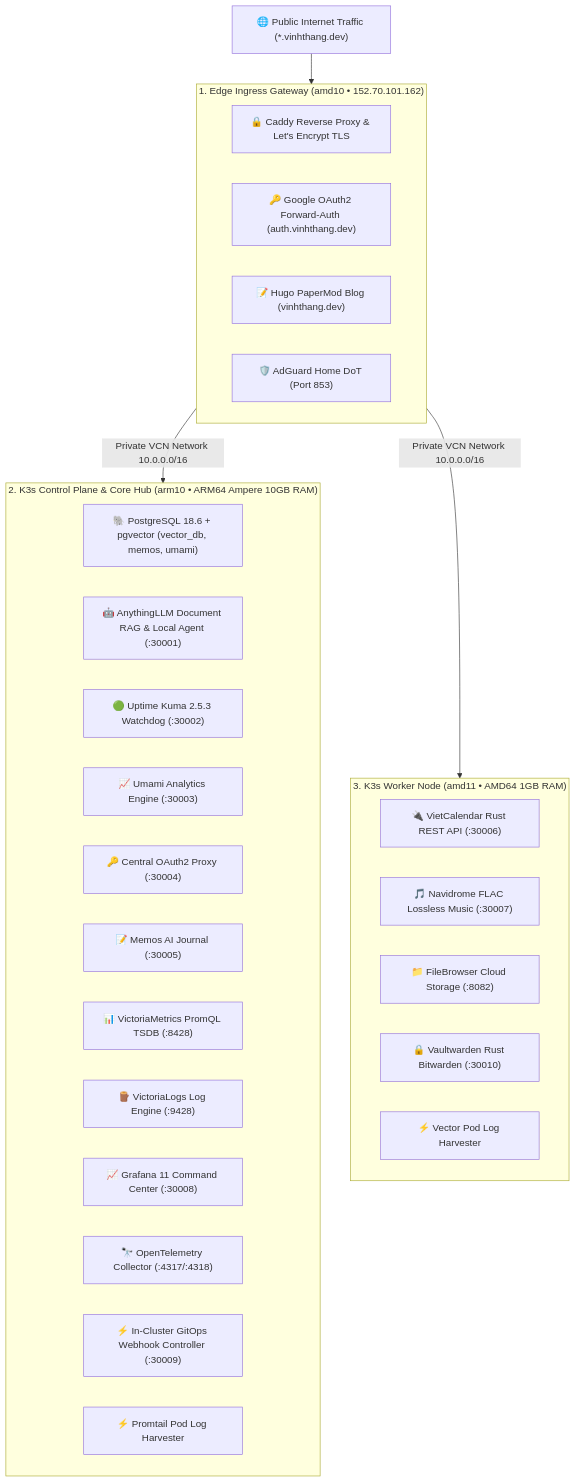
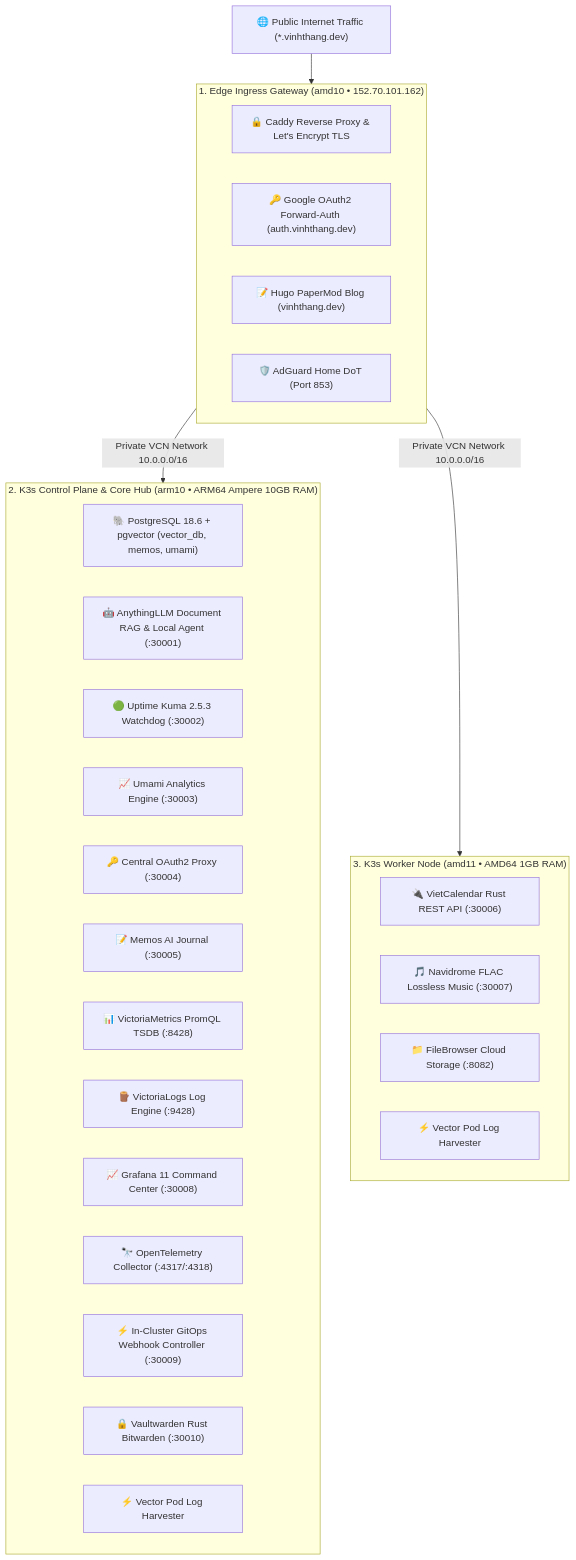
The first of 2 diagrams in README.md (vinhthang/oci), drawn with Mermaid before and after one commit. The commit also changed other lines of this file and 6 other files, not shown here.

````diff
--- a/README.md
+++ b/README.md
@@ -18,37 +18,37 @@
 ```mermaid
 graph TD
     User["🌐 Public Internet Traffic (*.vinhthang.dev)"] --> Edge
 
     subgraph Edge["1. Edge Ingress Gateway (amd10 • 152.70.101.162)"]
         Caddy["🔒 Caddy Reverse Proxy & Let's Encrypt TLS"]
         SSO["🔑 Google OAuth2 Forward-Auth (auth.vinhthang.dev)"]
         Blog["📝 Hugo PaperMod Blog (vinhthang.dev)"]
         DNS["🛡️ AdGuard Home DoT (Port 853)"]
     end
 
     Edge -->|Private VCN Network 10.0.0.0/16| K8sMaster
     Edge -->|Private VCN Network 10.0.0.0/16| K8sWorker
 
     subgraph K8sMaster["2. K3s Control Plane & Core Hub (arm10 • ARM64 Ampere 10GB RAM)"]
         PG["🐘 PostgreSQL 18.6 + pgvector (vector_db, memos, umami)"]
         AI["🤖 AnythingLLM Document RAG & Local Agent (:30001)"]
         Kuma["🟢 Uptime Kuma 2.5.3 Watchdog (:30002)"]
         Umami["📈 Umami Analytics Engine (:30003)"]
         OAuth["🔑 Central OAuth2 Proxy (:30004)"]
         Memos["📝 Memos AI Journal (:30005)"]
         VM["📊 VictoriaMetrics PromQL TSDB (:8428)"]
         VL["🪵 VictoriaLogs Log Engine (:9428)"]
         Grafana["📈 Grafana 11 Command Center (:30008)"]
         OTel["🔭 OpenTelemetry Collector (:4317/:4318)"]
         GitOps["⚡ In-Cluster GitOps Webhook Controller (:30009)"]
-        Promtail1["⚡ Promtail Pod Log Harvester"]
+        VW["🔒 Vaultwarden Rust Bitwarden (:30010)"]
+        VectorMaster["⚡ Vector Pod Log Harvester"]
     end
 
     subgraph K8sWorker["3. K3s Worker Node (amd11 • AMD64 1GB RAM)"]
         VC["🔌 VietCalendar Rust REST API (:30006)"]
         Navi["🎵 Navidrome FLAC Lossless Music (:30007)"]
         Files["📁 FileBrowser Cloud Storage (:8082)"]
-        VW["🔒 Vaultwarden Rust Bitwarden (:30010)"]
-        Vector["⚡ Vector Pod Log Harvester"]
+        VectorWorker["⚡ Vector Pod Log Harvester"]
     end
 ```
````
